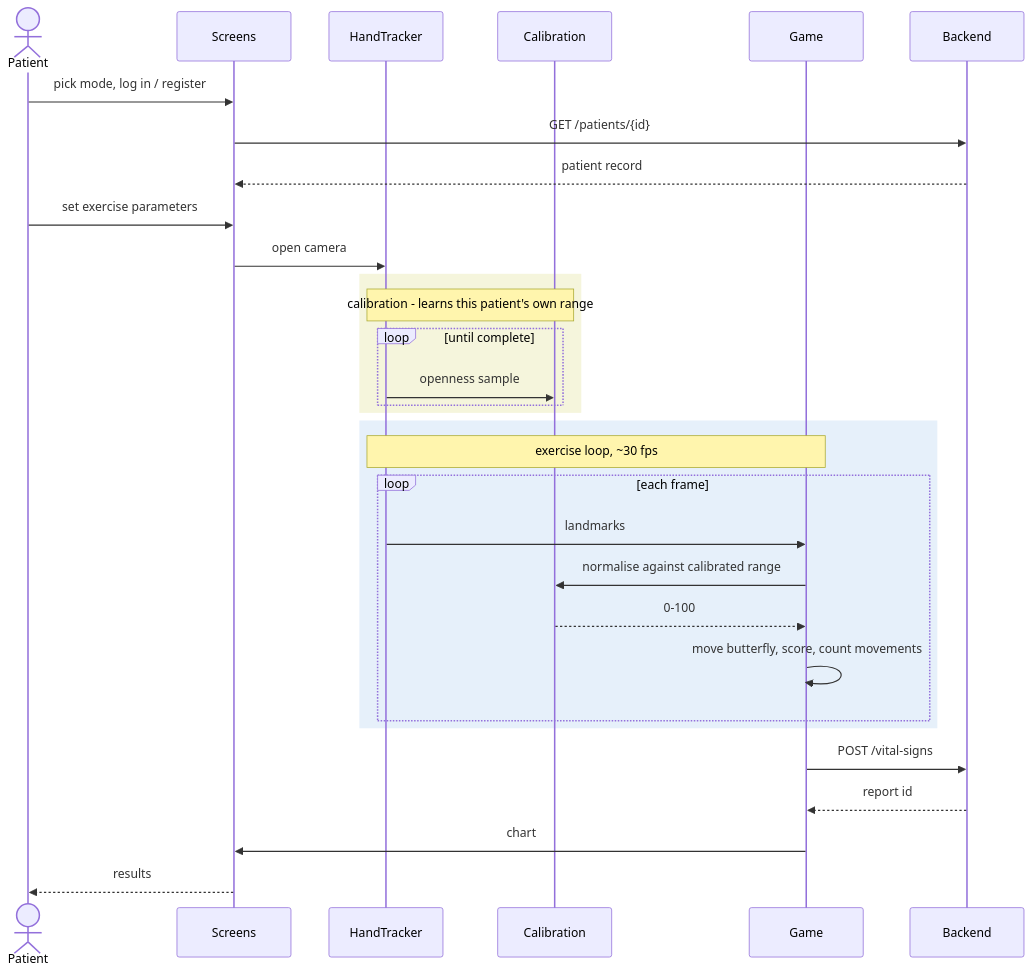
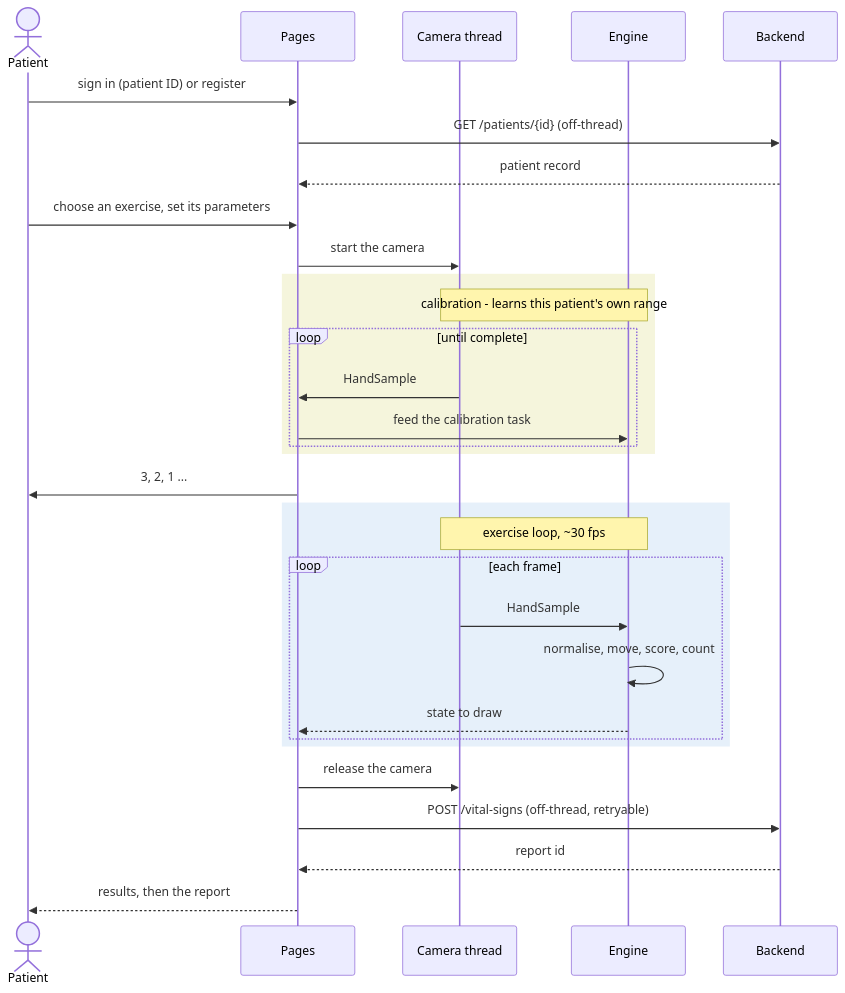
The third of 3 diagrams in docs/architecture.md (Alihaatefi/telerehab-hand-therapy), drawn with Mermaid before and after one commit. The commit also changed other lines of this file and 18 other files, not shown here.

````diff
--- a/docs/architecture.md
+++ b/docs/architecture.md
@@ -49,38 +91,38 @@
 ```mermaid
 sequenceDiagram
     actor P as Patient
-    participant UI as Screens
-    participant V as HandTracker
-    participant C as Calibration
-    participant G as Game
+    participant UI as Pages
+    participant V as Camera thread
+    participant E as Engine
     participant B as Backend
 
-    P->>UI: pick mode, log in / register
-    UI->>B: GET /patients/{id}
+    P->>UI: sign in (patient ID) or register
+    UI->>B: GET /patients/{id}  (off-thread)
     B-->>UI: patient record
 
-    P->>UI: set exercise parameters
-    UI->>V: open camera
+    P->>UI: choose an exercise, set its parameters
+    UI->>V: start the camera
 
     rect rgb(245,245,220)
-        note over V,C: calibration - learns this patient's own range
+        note over V,E: calibration - learns this patient's own range
         loop until complete
-            V->>C: openness sample
+            V->>UI: HandSample
+            UI->>E: feed the calibration task
         end
     end
 
+    UI->>P: 3, 2, 1 ...
     rect rgb(230,240,250)
-        note over V,G: exercise loop, ~30 fps
+        note over V,E: exercise loop, ~30 fps
         loop each frame
-            V->>G: landmarks
-            G->>C: normalise against calibrated range
-            C-->>G: 0-100
-            G->>G: move butterfly, score, count movements
+            V->>E: HandSample
+            E->>E: normalise, move, score, count
+            E-->>UI: state to draw
         end
     end
 
-    G->>B: POST /vital-signs
-    B-->>G: report id
-    G->>UI: chart
-    UI-->>P: results
+    UI->>V: release the camera
+    UI->>B: POST /vital-signs  (off-thread, retryable)
+    B-->>UI: report id
+    UI-->>P: results, then the report
 ```
````
